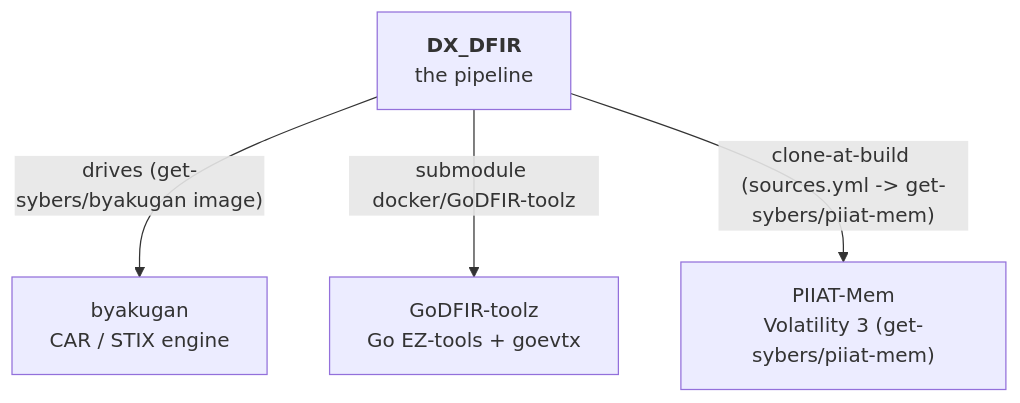
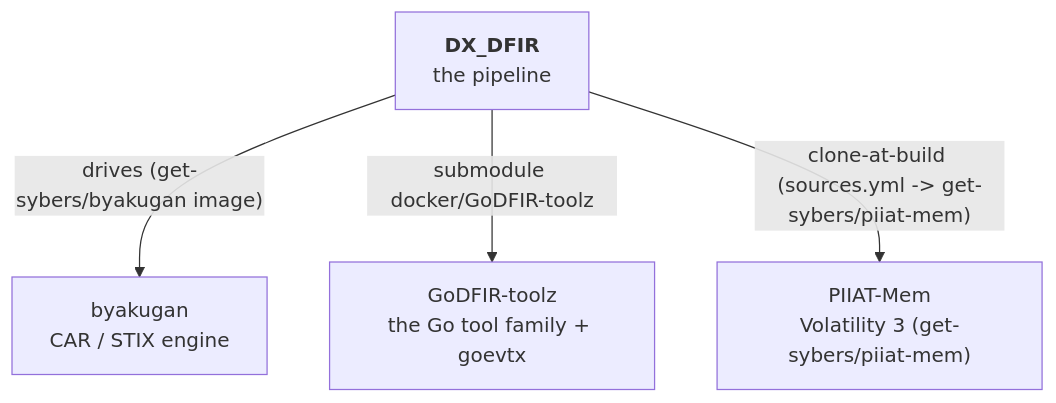
One commit to Get-Sybers/DX_DFIR changed the diagram in docs/reference/repository-map.md. Above: the diagram before and after it, drawn with Mermaid. The commit also changed other lines of this file and 46 other files, not shown here.

````diff
--- a/docs/reference/repository-map.md
+++ b/docs/reference/repository-map.md
@@ -8,10 +8,10 @@
 ```mermaid
 flowchart TD
     DX["<b>DX_DFIR</b><br/>the pipeline"]
     BYA["byakugan<br/>CAR / STIX engine"]
-    TOOLZ["GoDFIR-toolz<br/>Go EZ-tools + goevtx"]
+    TOOLZ["GoDFIR-toolz<br/>the Go tool family + goevtx"]
     MEM["PIIAT-Mem<br/>Volatility 3 (get-sybers/piiat-mem)"]
     DX -->|"drives (get-sybers/byakugan image)"| BYA
     DX -->|"submodule docker/GoDFIR-toolz"| TOOLZ
     DX -->|"clone-at-build (sources.yml -> get-sybers/piiat-mem)"| MEM
 ```
````
